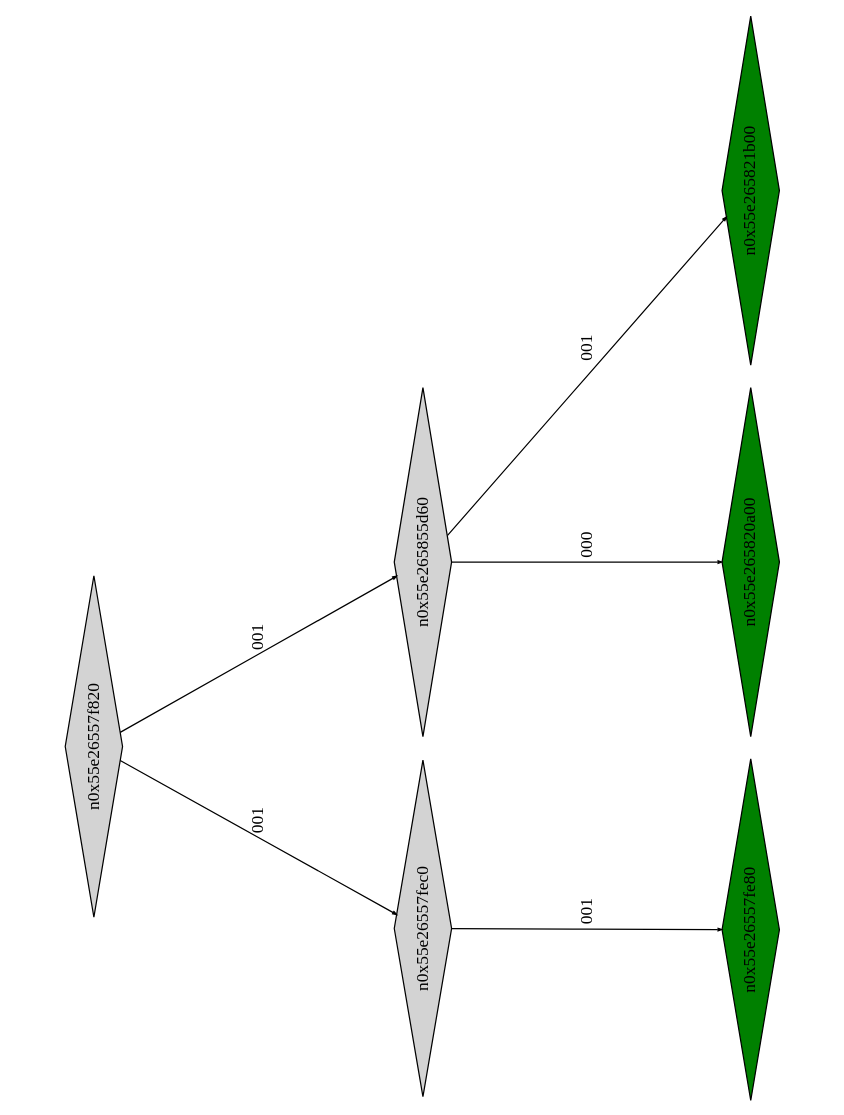
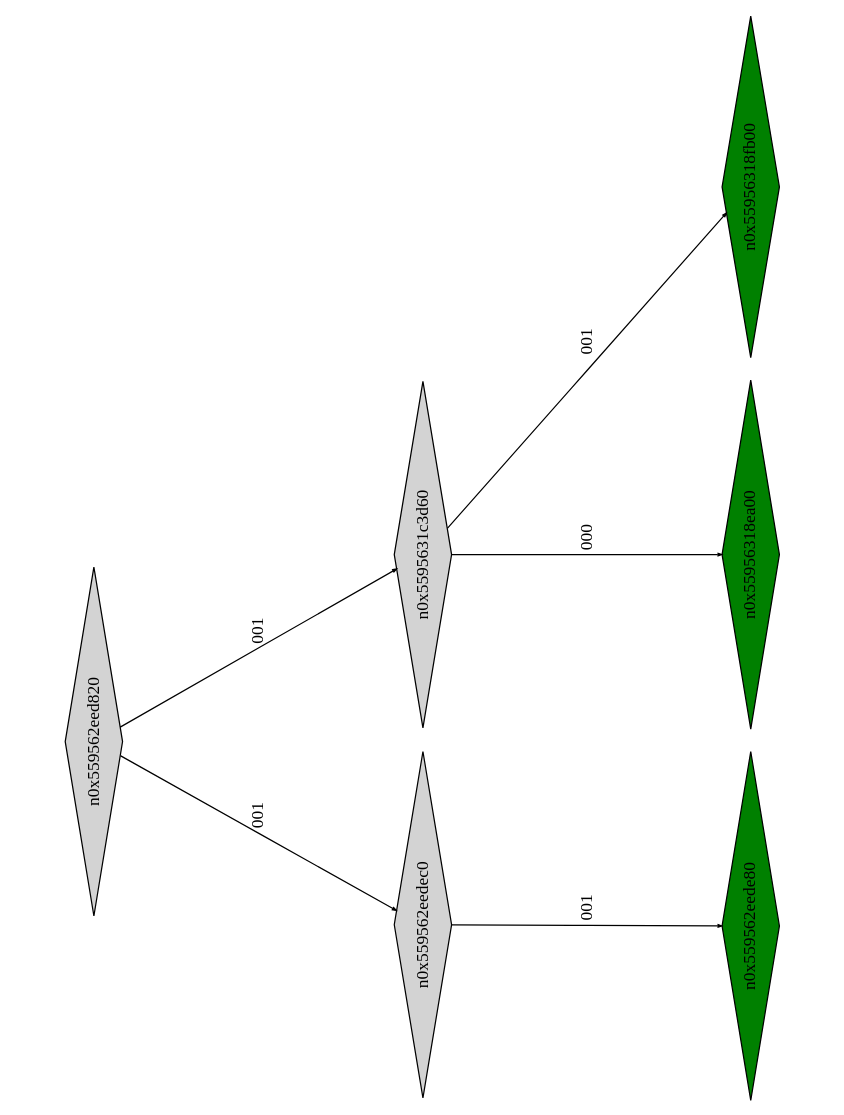
Before and after one commit to Research-Tools-PAVT/PSE-Program-Examples: the diagram in example2_klee_out/ptree_00000125.dot, drawn with Graphviz. The commit also changed 41 other files, not shown here.

```diff
--- a/example2_klee_out/ptree_00000125.dot
+++ b/example2_klee_out/ptree_00000125.dot
@@ -1,19 +1,19 @@
 digraph G {
 	size="10,7.5";
 	ratio=fill;
 	rotate=90;
 	center = "true";
 	node [style="filled",width=.1,height=.1,fontname="Terminus"]
 	edge [arrowsize=.3]
-	n0x55e26557f820 [shape=diamond];
-	n0x55e26557f820 -> n0x55e26557fec0 [label=001];
-	n0x55e26557f820 -> n0x55e265855d60 [label=001];
-	n0x55e265855d60 [shape=diamond];
-	n0x55e265855d60 -> n0x55e265820a00 [label=000];
-	n0x55e265855d60 -> n0x55e265821b00 [label=001];
-	n0x55e265821b00 [shape=diamond,fillcolor=green];
-	n0x55e265820a00 [shape=diamond,fillcolor=green];
-	n0x55e26557fec0 [shape=diamond];
-	n0x55e26557fec0 -> n0x55e26557fe80 [label=001];
-	n0x55e26557fe80 [shape=diamond,fillcolor=green];
+	n0x559562eed820 [shape=diamond];
+	n0x559562eed820 -> n0x559562eedec0 [label=001];
+	n0x559562eed820 -> n0x5595631c3d60 [label=001];
+	n0x5595631c3d60 [shape=diamond];
+	n0x5595631c3d60 -> n0x55956318ea00 [label=000];
+	n0x5595631c3d60 -> n0x55956318fb00 [label=001];
+	n0x55956318fb00 [shape=diamond,fillcolor=green];
+	n0x55956318ea00 [shape=diamond,fillcolor=green];
+	n0x559562eedec0 [shape=diamond];
+	n0x559562eedec0 -> n0x559562eede80 [label=001];
+	n0x559562eede80 [shape=diamond,fillcolor=green];
 }
```
